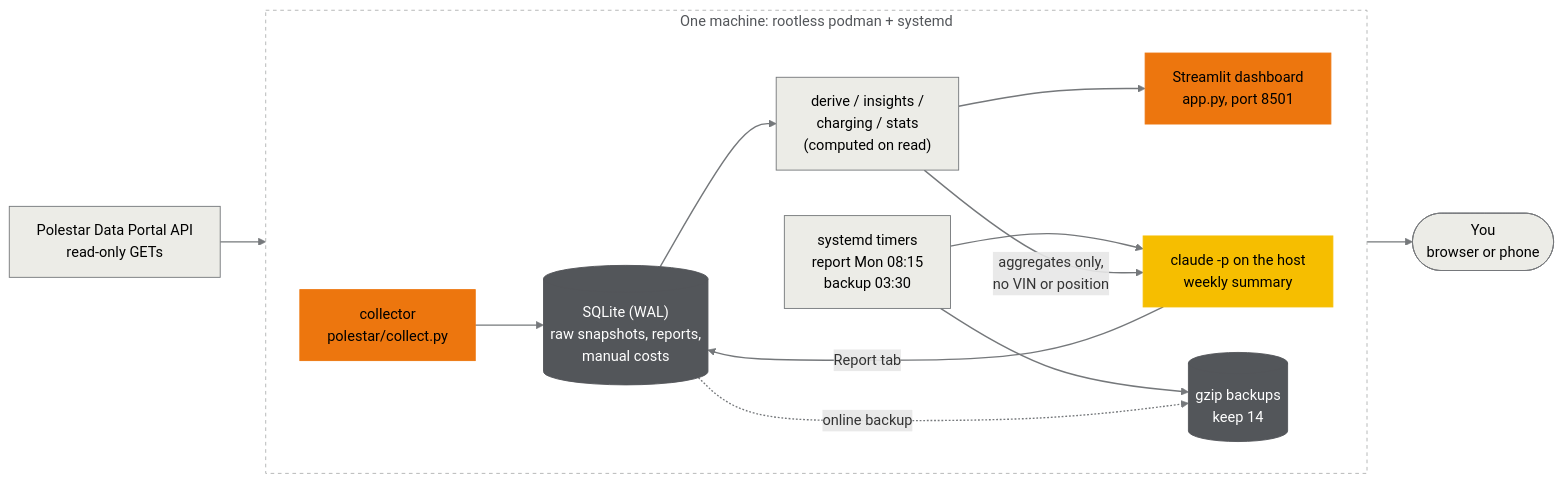
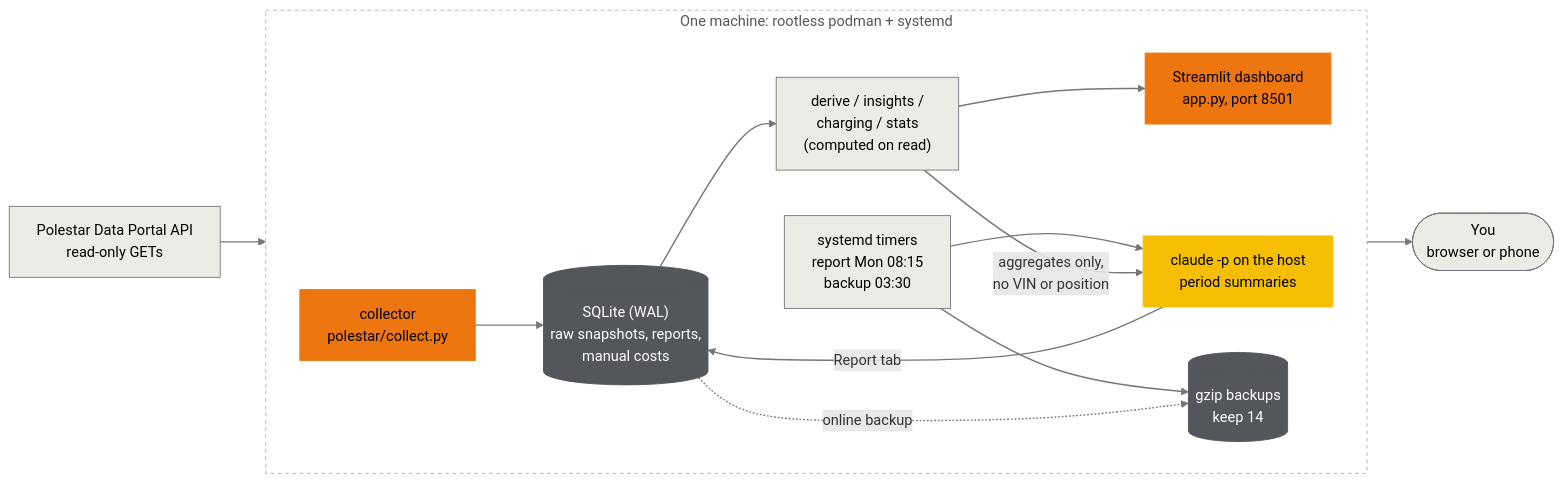
One commit to coulof/polestar-telemetry changed the diagram in README.md. Above: the diagram before and after it, drawn with Mermaid. The commit also changed other lines of this file and 20 other files, not shown here.

Commit message:
Reports: weekly, monthly, quarterly and yearly, following the Period control

````diff
--- a/README.md
+++ b/README.md
@@ -25,34 +25,34 @@
 ```mermaid
 flowchart LR
     api["Polestar Data Portal API<br/>read-only GETs"]
     subgraph host["One machine: rootless podman + systemd"]
         direction LR
         collector["collector<br/>polestar/collect.py"]
         db[("SQLite (WAL)<br/>raw snapshots, reports,<br/>manual costs")]
         derive["derive / insights /<br/>charging / stats<br/>(computed on read)"]
         app["Streamlit dashboard<br/>app.py, port 8501"]
         timer["systemd timers<br/>report Mon 08:15<br/>backup 03:30"]
-        claude["claude -p on the host<br/>weekly summary"]
+        claude["claude -p on the host<br/>period summaries"]
         backups[("gzip backups<br/>keep 14")]
     end
     you(["You<br/>browser or phone"])
 
     api --> collector --> db --> derive --> app --> you
     timer --> claude
     derive -- "aggregates only,<br/>no VIN or position" --> claude
     claude -- "Report tab" --> db
     timer --> backups
     db -. "online backup" .-> backups
 
     classDef accent fill:#ED760E,stroke:#ED760E,color:#000
     classDef gold fill:#F6BE00,stroke:#F6BE00,color:#000
     classDef grey fill:#ECECE7,stroke:#75787B,color:#000
     classDef dark fill:#53565A,stroke:#53565A,color:#fff
     class collector,app accent
     class claude gold
     class derive,timer grey
     class db,backups dark
     class api,you grey
     style host fill:#FFFFFF,stroke:#B1B3B3,stroke-dasharray:4 4,color:#53565A
     linkStyle default stroke:#75787B,stroke-width:1.5px
 ```
````
